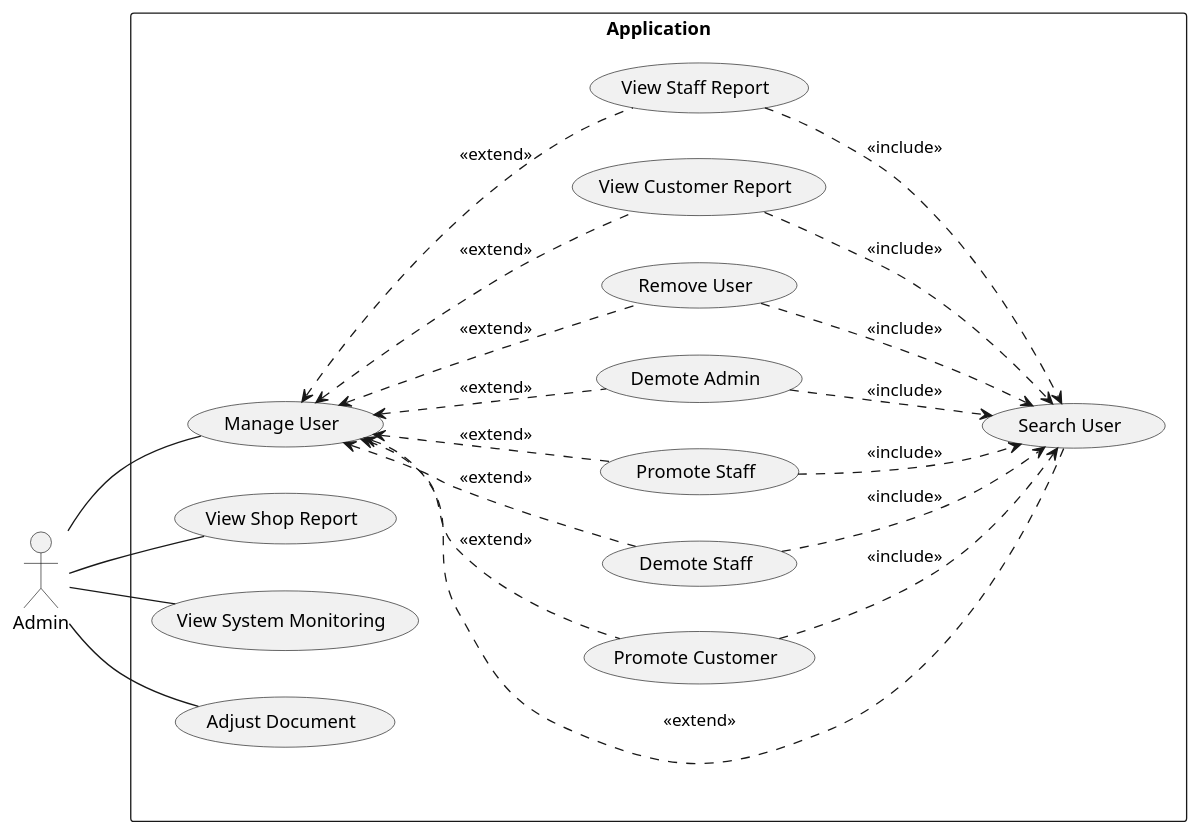
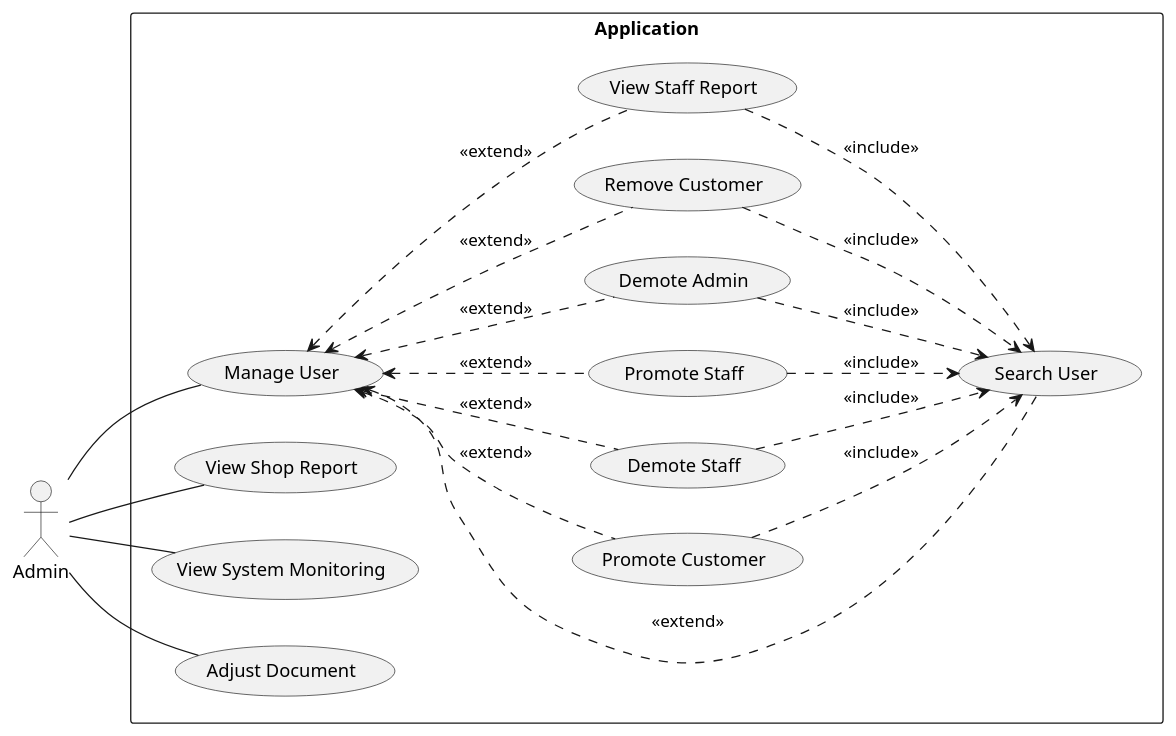
The diagram in docs/docs/usecase/admin.md (electricilies/electricilies.github.io), drawn with PlantUML before and after one commit. The commit also changed 3 other files, not shown here.

Commit message:
feat(sequence): add manage-user and change remove-user to remove-staff

````diff
--- a/docs/docs/usecase/admin.md
+++ b/docs/docs/usecase/admin.md
@@ -3,43 +3,40 @@
 ```plantuml
 @startuml
 left to right direction
 actor Admin
 
 rectangle "Application" {
   usecase UC01 as "Manage User"
   usecase UC02 as "Search User"
   usecase UC03 as "Promote Customer"
   usecase UC04 as "Demote Staff"
   usecase UC05 as "Promote Staff"
   usecase UC06 as "Demote Admin"
-  usecase UC07 as "Remove User"
-  usecase UC08 as "View Customer Report"
-  usecase UC09 as "View Staff Report"
-  usecase UC10 as "View Shop Report"
-  usecase UC11 as "View System Monitoring"
-  usecase UC12 as "Adjust Document"
+  usecase UC07 as "Remove Customer"
+  usecase UC08 as "View Staff Report"
+  usecase UC09 as "View Shop Report"
+  usecase UC10 as "View System Monitoring"
+  usecase UC11 as "Adjust Document"
 }
 
 Admin -- UC01
+Admin -- UC09
 Admin -- UC10
 Admin -- UC11
-Admin -- UC12
 
 UC01 <.. UC02 : <<extend>>
 UC01 <.. UC03 : <<extend>>
 UC01 <.. UC04 : <<extend>>
 UC01 <.. UC05 : <<extend>>
 UC01 <.. UC06 : <<extend>>
 UC01 <.. UC07 : <<extend>>
 UC01 <.. UC08 : <<extend>>
-UC01 <.. UC09 : <<extend>>
 UC03 ..> UC02 : <<include>>
 UC04 ..> UC02 : <<include>>
 UC05 ..> UC02 : <<include>>
 UC06 ..> UC02 : <<include>>
 UC07 ..> UC02 : <<include>>
 UC08 ..> UC02 : <<include>>
-UC09 ..> UC02 : <<include>>
 
 @enduml
 ```
````
